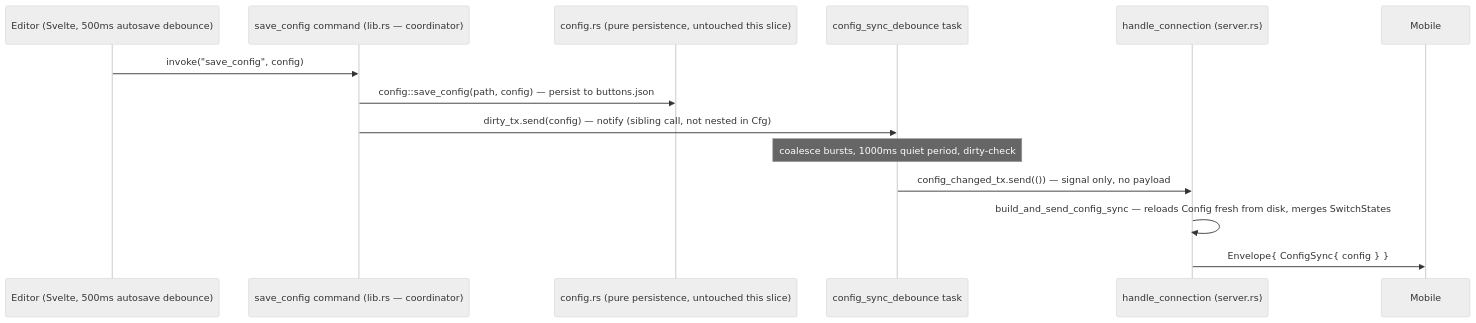
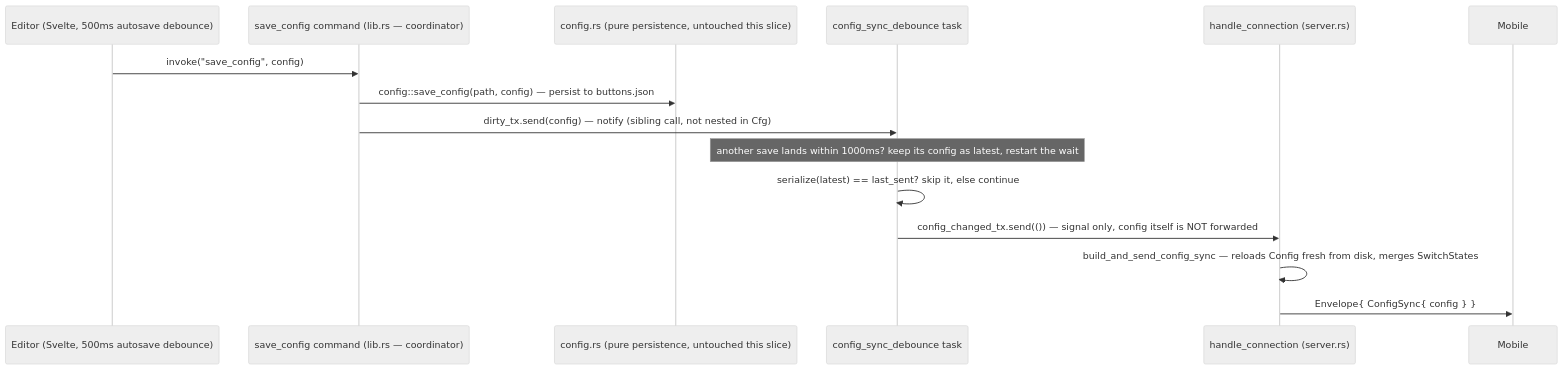
The diagram in docs/slices/09c. Config Sync On Edit.spec.md (hk0i/buttons), drawn with Mermaid (neutral theme) before and after one commit. The commit also changed other lines of this file, not shown here.

Commit message:
[09c][config-sync][docs] docs: show dirty-check consuming config in diagram

````diff
--- a/docs/slices/09c. Config Sync On Edit.spec.md
+++ b/docs/slices/09c. Config Sync On Edit.spec.md
@@ -126,16 +126,17 @@
 ```mermaid
 sequenceDiagram
   participant E as Editor (Svelte, 500ms autosave debounce)
   participant Cmd as save_config command (lib.rs — coordinator)
   participant Cfg as config.rs (pure persistence, untouched this slice)
-  participant Deb as config_sync_debounce task
+  participant Debounce as config_sync_debounce task
   participant Conn as handle_connection (server.rs)
   participant M as Mobile
   E->>Cmd: invoke("save_config", config)
   Cmd->>Cfg: config::save_config(path, config) — persist to buttons.json
-  Cmd->>Deb: dirty_tx.send(config) — notify (sibling call, not nested in Cfg)
-  Note over Deb: coalesce bursts, 1000ms quiet period, dirty-check
-  Deb->>Conn: config_changed_tx.send(()) — signal only, no payload
+  Cmd->>Debounce: dirty_tx.send(config) — notify (sibling call, not nested in Cfg)
+  Note over Debounce: another save lands within 1000ms? keep its config as latest, restart the wait
+  Debounce->>Debounce: serialize(latest) == last_sent? skip it, else continue
+  Debounce->>Conn: config_changed_tx.send(()) — signal only, config itself is NOT forwarded
   Conn->>Conn: build_and_send_config_sync — reloads Config fresh from disk, merges SwitchStates
   Conn->>M: Envelope{ ConfigSync{ config } }
 ```
````
